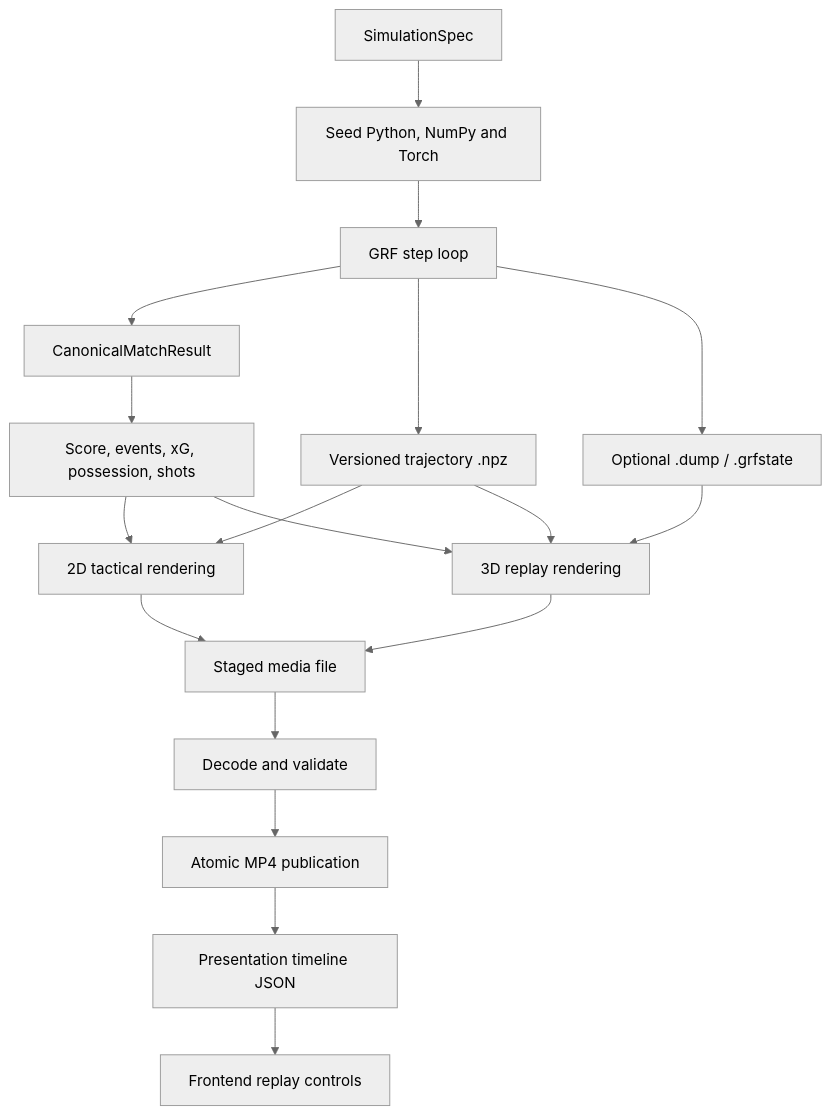
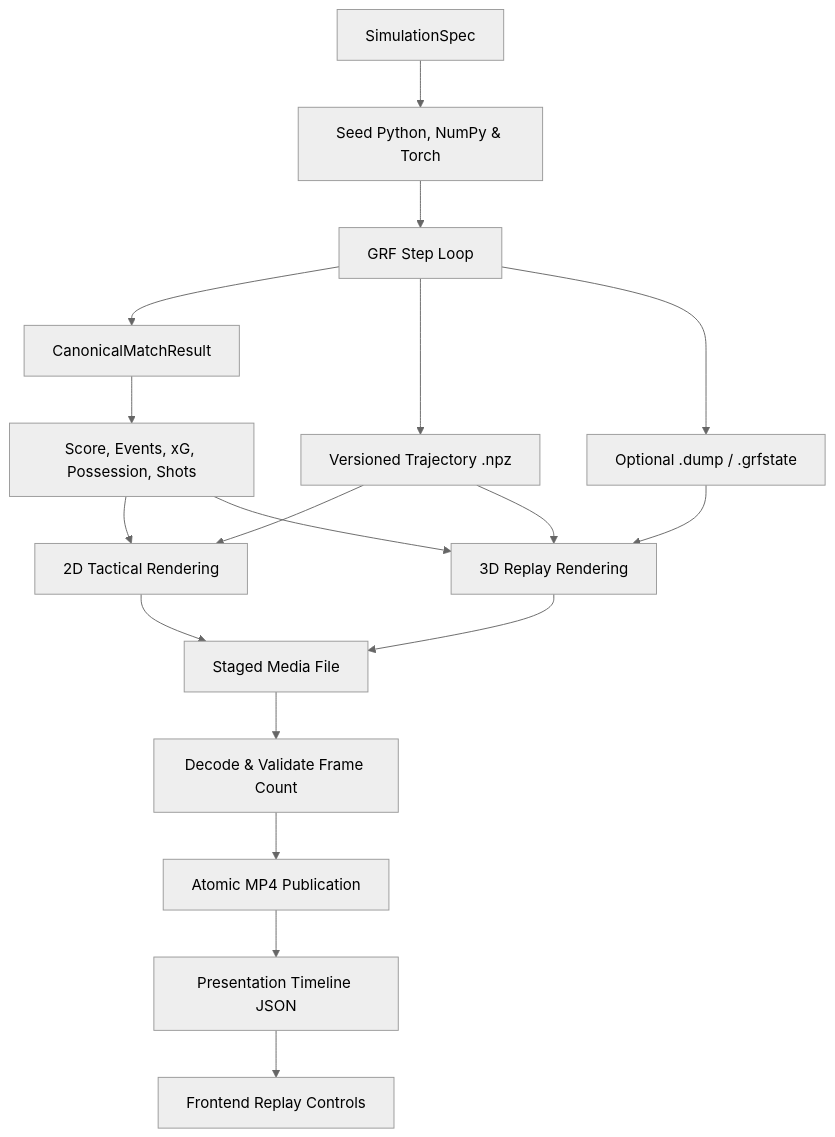
The second of 2 diagrams in README.md (x-Kevin-Paul-x/Footy), drawn with Mermaid (neutral theme) before and after one commit. The commit also changed other lines of this file and 11 other files, not shown here.

Commit message:
docs: elevate README to flagship showcase, streamline architecture, and add light/dark screenshots

````diff
--- a/README.md
+++ b/README.md
@@ -177,20 +216,20 @@
 ```mermaid
 flowchart TB
-    Spec[SimulationSpec] --> Seed[Seed Python, NumPy and Torch]
-    Seed --> Step[GRF step loop]
+    Spec[SimulationSpec] --> Seed[Seed Python, NumPy & Torch]
+    Seed --> Step[GRF Step Loop]
     Step --> Canonical[CanonicalMatchResult]
-    Step --> NPZ[Versioned trajectory .npz]
+    Step --> NPZ[Versioned Trajectory .npz]
     Step --> State[Optional .dump / .grfstate]
-    Canonical --> Manifest[Score, events, xG, possession, shots]
-    NPZ --> R2[2D tactical rendering]
-    NPZ --> R3[3D replay rendering]
+    Canonical --> Manifest[Score, Events, xG, Possession, Shots]
+    NPZ --> R2[2D Tactical Rendering]
+    NPZ --> R3[3D Replay Rendering]
     State --> R3
     Manifest --> R2
     Manifest --> R3
-    R2 --> Stage[Staged media file]
+    R2 --> Stage[Staged Media File]
     R3 --> Stage
-    Stage --> Validate[Decode and validate]
-    Validate --> Publish[Atomic MP4 publication]
-    Publish --> Timeline[Presentation timeline JSON]
-    Timeline --> Player[Frontend replay controls]
+    Stage --> Validate[Decode & Validate Frame Count]
+    Validate --> Publish[Atomic MP4 Publication]
+    Publish --> Timeline[Presentation Timeline JSON]
+    Timeline --> Player[Frontend Replay Controls]
 ```
````
